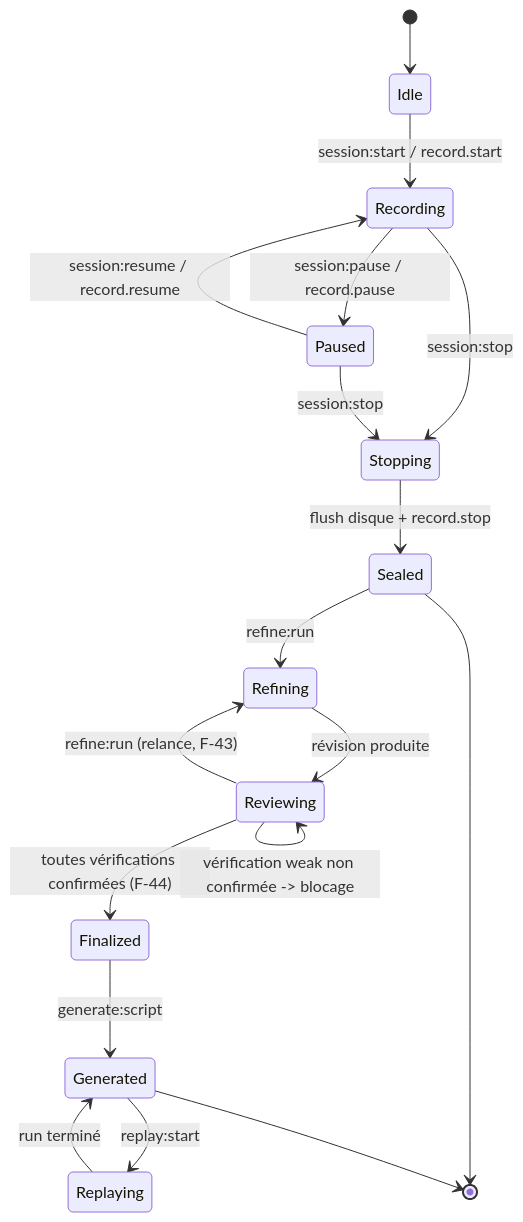
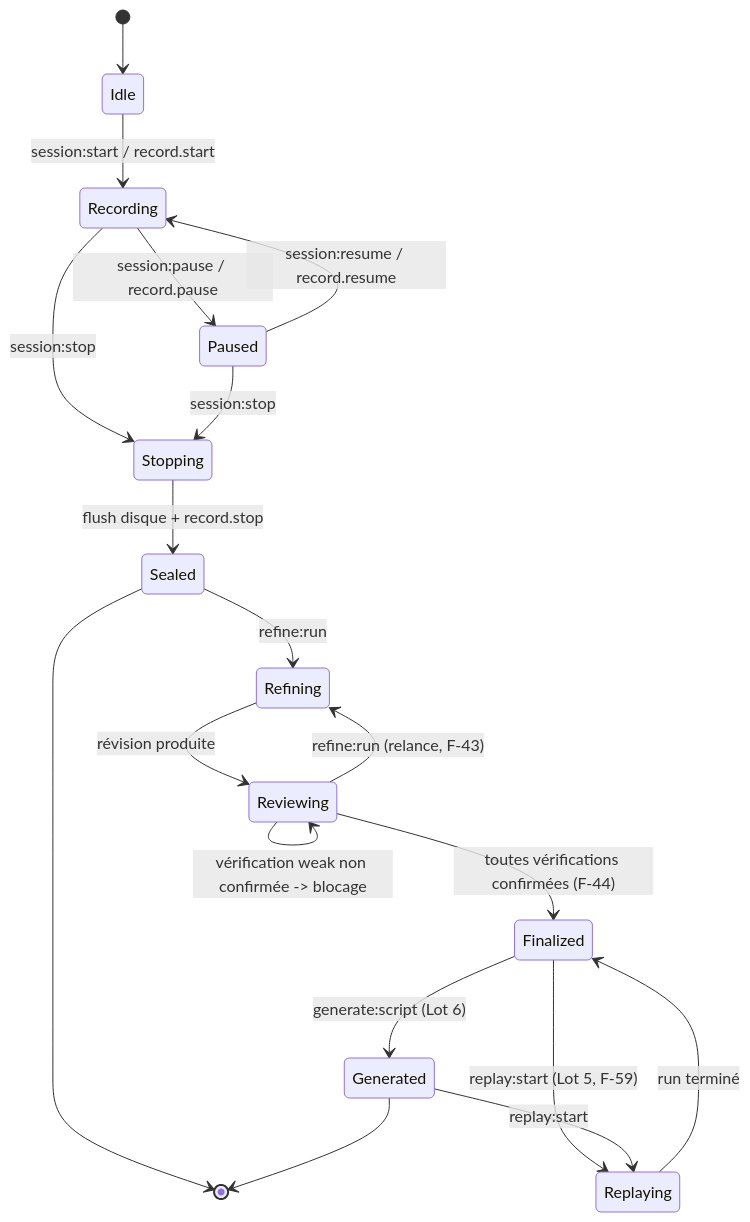
One commit to tiamat-azure/spyglass changed the first of 2 diagrams in docs/contracts/state-machine.md. Above: the diagram before and after it, drawn with Mermaid. The commit also changed other lines of this file and 66 other files, not shown here.

````diff
--- a/docs/contracts/state-machine.md
+++ b/docs/contracts/state-machine.md
@@ -6,20 +6,21 @@
 ```mermaid
 stateDiagram-v2
     [*] --> Idle
     Idle --> Recording : session:start / record.start
     Recording --> Paused : session:pause / record.pause
     Paused --> Recording : session:resume / record.resume
     Recording --> Stopping : session:stop
     Paused --> Stopping : session:stop
     Stopping --> Sealed : flush disque + record.stop
     Sealed --> Refining : refine:run
     Refining --> Reviewing : révision produite
     Reviewing --> Refining : refine:run (relance, F-43)
     Reviewing --> Finalized : toutes vérifications confirmées (F-44)
     Reviewing --> Reviewing : vérification weak non confirmée -> blocage
-    Finalized --> Generated : generate:script
+    Finalized --> Replaying : replay:start (Lot 5, F-59)
+    Replaying --> Finalized : run terminé
+    Finalized --> Generated : generate:script (Lot 6)
     Generated --> Replaying : replay:start
-    Replaying --> Generated : run terminé
     Sealed --> [*]
     Generated --> [*]
 ```
````
